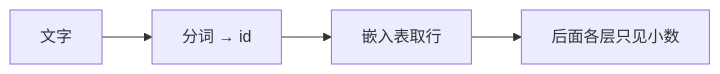
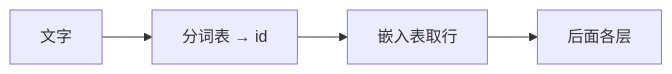
The diagram in web/src/content/beginner/cn/embedding.md (chaxus/arche), drawn with Mermaid before and after one commit. The commit also changed other lines of this file and 8 other files, not shown here.

````diff
--- a/web/src/content/beginner/cn/embedding.md
+++ b/web/src/content/beginner/cn/embedding.md
@@ -19,6 +15,6 @@
 ```mermaid
 flowchart LR
-  text[文字] --> tok[分词 → id]
+  text[文字] --> tok[分词表 → id]
   tok --> emb[嵌入表取行]
-  emb --> rest[后面各层只见小数]
+  emb --> rest[后面各层]
 ```
````
